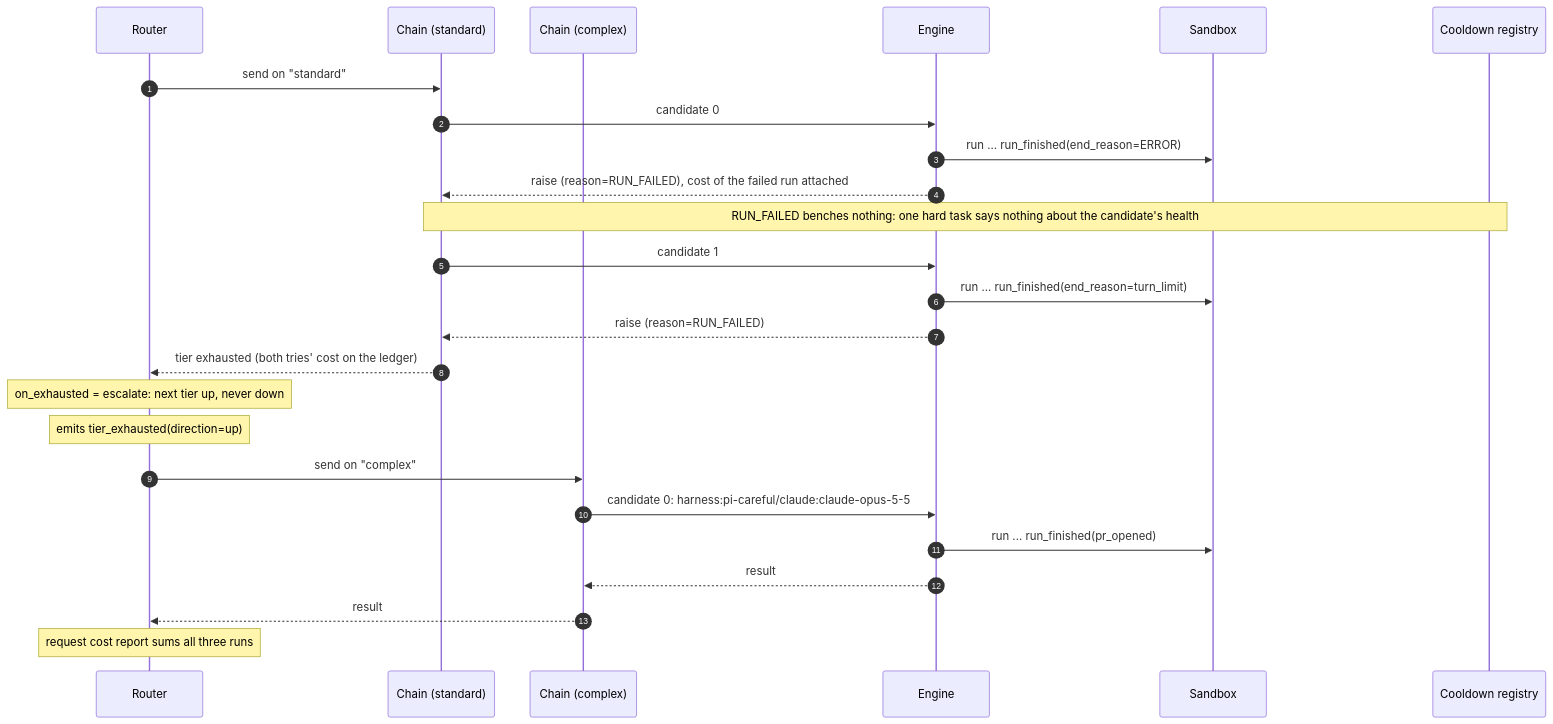
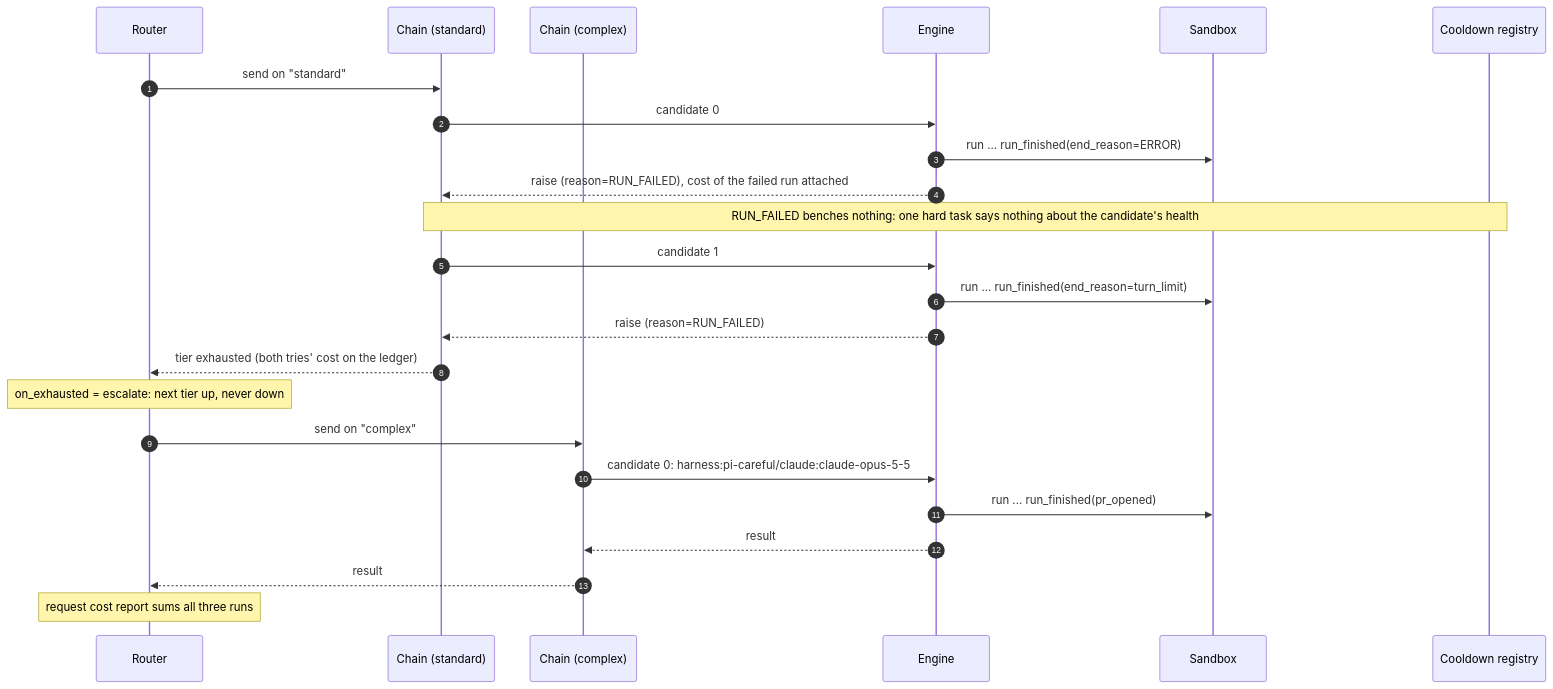
One commit to davecthomas/ai-api-unified changed the third of 8 diagrams in docs/harness_engine_design.md. Above: the diagram before and after it, drawn with Mermaid. The commit also changed other lines of this file, not shown here.

First line of the commit message:
docs/harness-engine-sequences: rewrite as one position: role, PR A and PR B, scope, eight scenarios

````diff
--- a/docs/harness_engine_design.md
+++ b/docs/harness_engine_design.md
@@ -149,28 +159,27 @@
 ```mermaid
 sequenceDiagram
     autonumber
     participant R as Router
     participant F1 as Chain (standard)
     participant F2 as Chain (complex)
     participant E as Engine
     participant S as Sandbox
     participant CD as Cooldown registry
 
     R->>F1: send on "standard"
     F1->>E: candidate 0
     E->>S: run ... run_finished(end_reason=ERROR)
     E-->>F1: raise (reason=RUN_FAILED), cost of the failed run attached
     Note over F1,CD: RUN_FAILED benches nothing: one hard task says nothing about the candidate's health
     F1->>E: candidate 1
     E->>S: run ... run_finished(end_reason=turn_limit)
     E-->>F1: raise (reason=RUN_FAILED)
     F1-->>R: tier exhausted (both tries' cost on the ledger)
     Note over R: on_exhausted = escalate: next tier up, never down
-    Note over R: emits tier_exhausted(direction=up)
     R->>F2: send on "complex"
     F2->>E: candidate 0: harness:pi-careful/claude:claude-opus-5-5
     E->>S: run ... run_finished(pr_opened)
     E-->>F2: result
     F2-->>R: result
     Note over R: request cost report sums all three runs
 ```
````
